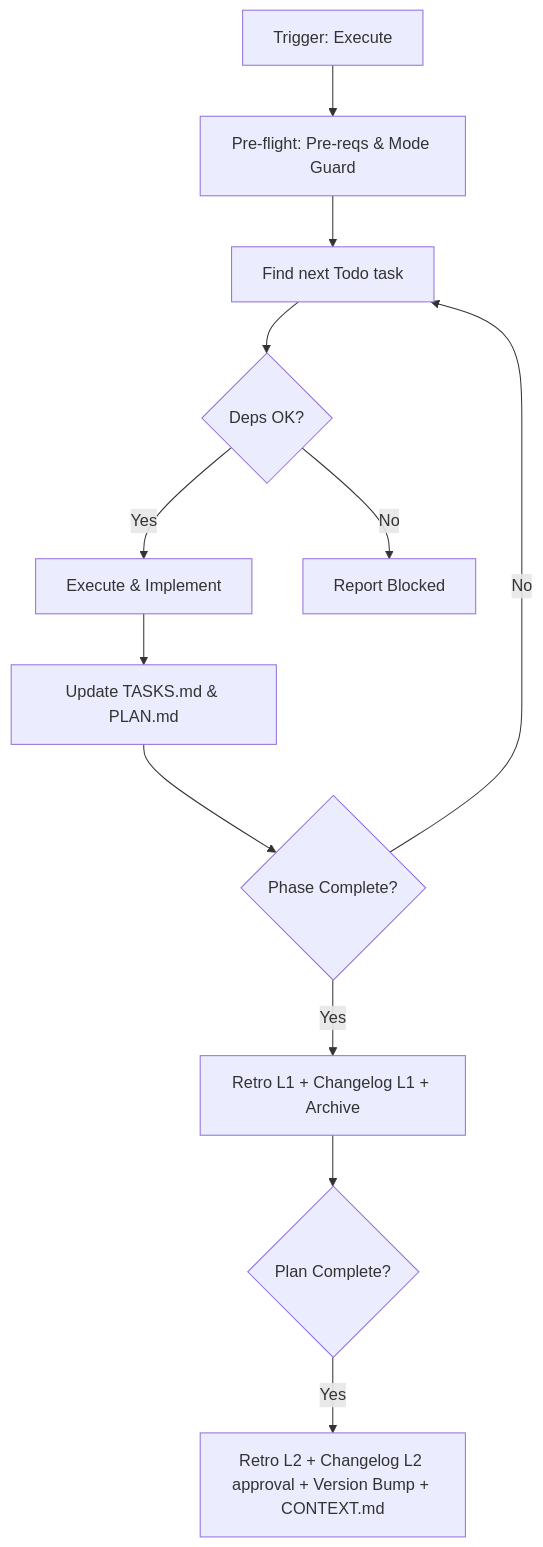
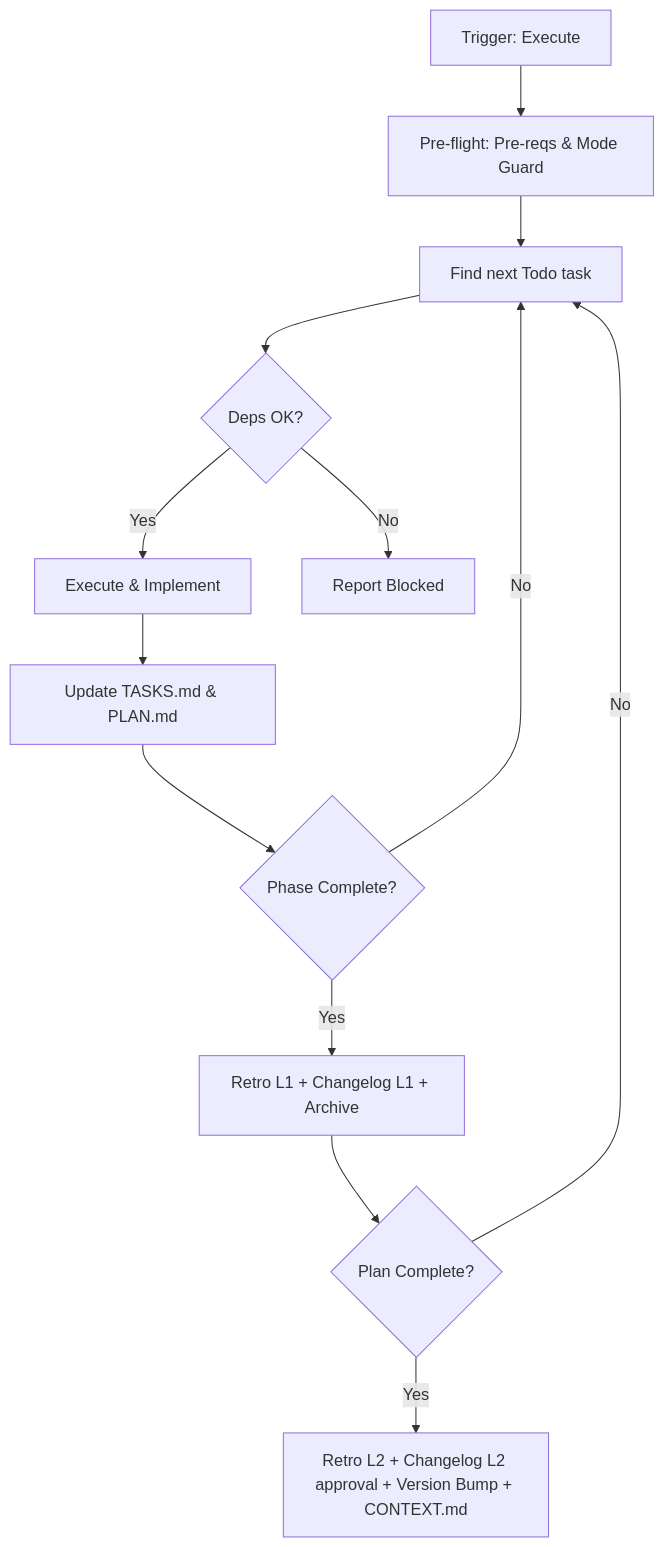
Before and after one commit to teratron/magic-spec: the diagram in .magic/run.md, drawn with Mermaid. The commit also changed 5 other files, not shown here.

Commit message:
chore(engine): update project state, version bump to 2.1.42, and enhance workflow diagrams

````diff
--- a/.magic/run.md
+++ b/.magic/run.md
@@ -61,14 +61,15 @@
 ```mermaid
 graph TD
     A[Trigger: Execute] --> B[Pre-flight: Pre-reqs & Mode Guard]
     B --> C[Find next Todo task]
     C --> D{Deps OK?}
     D -->|Yes| E[Execute & Implement]
     D -->|No| F[Report Blocked]
     E --> G[Update TASKS.md & PLAN.md]
     G --> H{Phase Complete?}
     H -->|Yes| I[Retro L1 + Changelog L1 + Archive]
     I --> J{Plan Complete?}
     J -->|Yes| K[Retro L2 + Changelog L2 approval + Version Bump + CONTEXT.md]
+    J -->|No| C
     H -->|No| C
 ```
````
